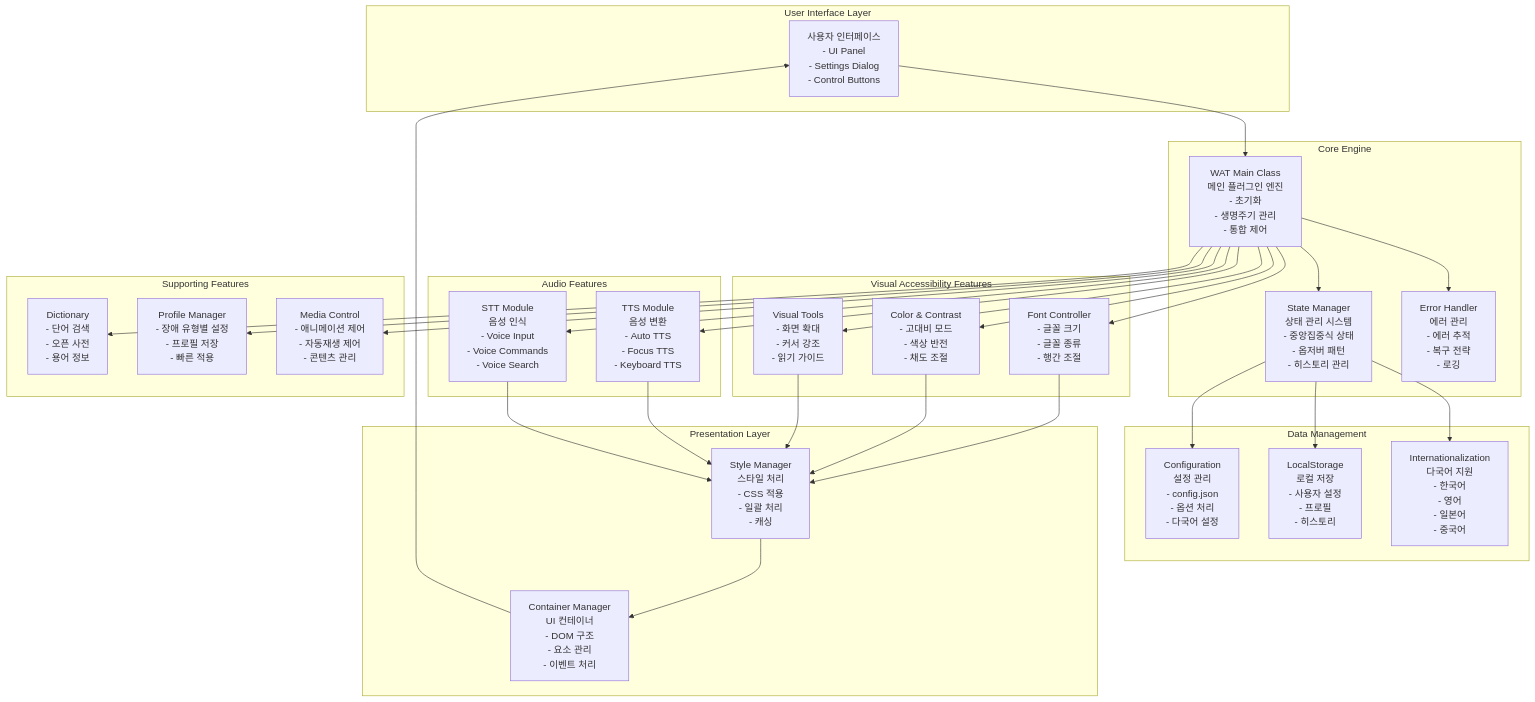
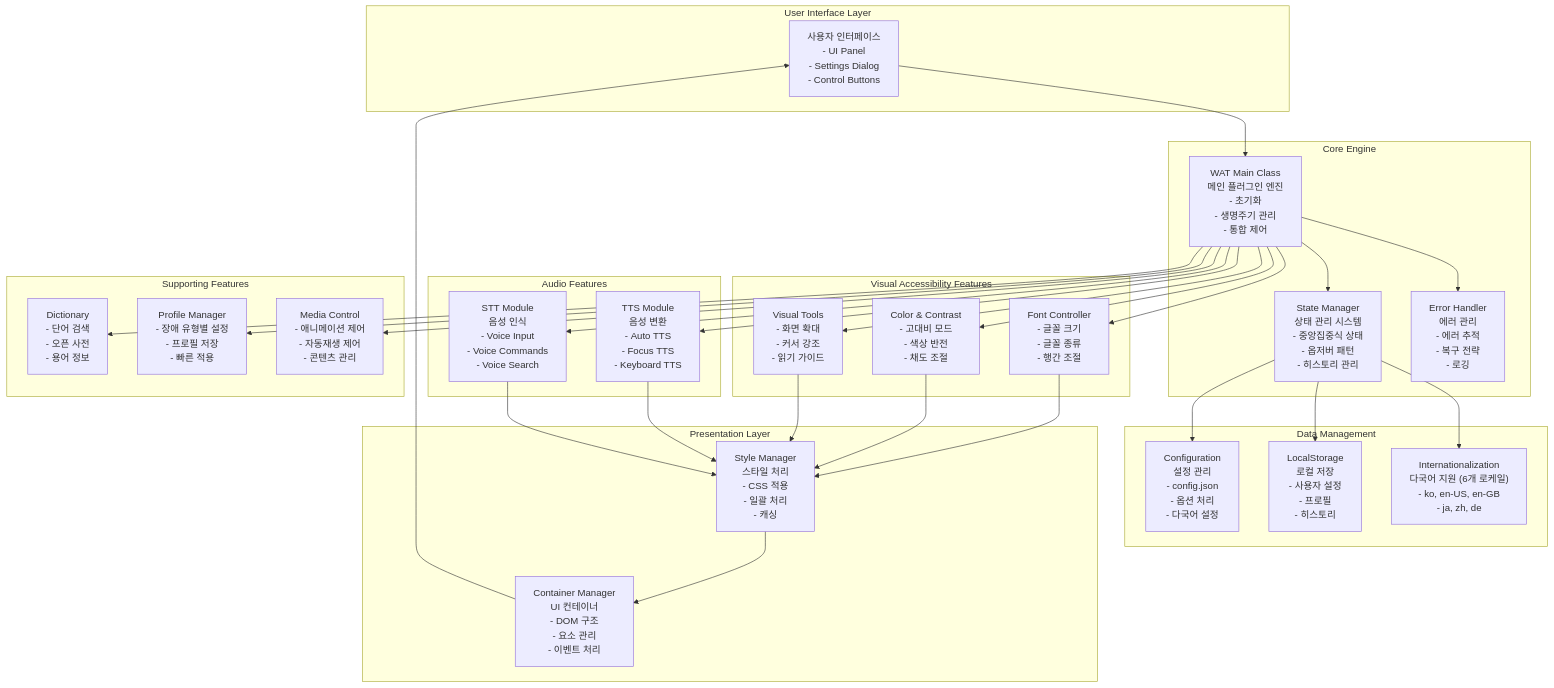
One commit to Daegu-Cyber-University/ModuWeb changed the first of 7 diagrams in ARCHITECTURE.md. Above: the diagram before and after it, drawn with Mermaid. The commit also changed other lines of this file and 24 other files, not shown here.

````diff
--- a/ARCHITECTURE.md
+++ b/ARCHITECTURE.md
@@ -5,77 +5,77 @@
 ```mermaid
 graph TB
     subgraph "User Interface Layer"
         UI["사용자 인터페이스<br/>- UI Panel<br/>- Settings Dialog<br/>- Control Buttons"]
     end
 
     subgraph "Core Engine"
         WAT["WAT Main Class<br/>메인 플러그인 엔진<br/>- 초기화<br/>- 생명주기 관리<br/>- 통합 제어"]
         
         SM["State Manager<br/>상태 관리 시스템<br/>- 중앙집중식 상태<br/>- 옵저버 패턴<br/>- 히스토리 관리"]
         
         EH["Error Handler<br/>에러 관리<br/>- 에러 추적<br/>- 복구 전략<br/>- 로깅"]
     end
 
     subgraph "Visual Accessibility Features"
         VA1["Font Controller<br/>- 글꼴 크기<br/>- 글꼴 종류<br/>- 행간 조절"]
         
         VA2["Color & Contrast<br/>- 고대비 모드<br/>- 색상 반전<br/>- 채도 조절"]
         
         VA3["Visual Tools<br/>- 화면 확대<br/>- 커서 강조<br/>- 읽기 가이드"]
     end
 
     subgraph "Audio Features"
         TTS["TTS Module<br/>음성 변환<br/>- Auto TTS<br/>- Focus TTS<br/>- Keyboard TTS"]
         
         STT["STT Module<br/>음성 인식<br/>- Voice Input<br/>- Voice Commands<br/>- Voice Search"]
     end
 
     subgraph "Supporting Features"
         DICT["Dictionary<br/>- 단어 검색<br/>- 오픈 사전<br/>- 용어 정보"]
         
         PROFILE["Profile Manager<br/>- 장애 유형별 설정<br/>- 프로필 저장<br/>- 빠른 적용"]
         
         MEDIA["Media Control<br/>- 애니메이션 제어<br/>- 자동재생 제어<br/>- 콘텐츠 관리"]
     end
 
     subgraph "Data Management"
         CONFIG["Configuration<br/>설정 관리<br/>- config.json<br/>- 옵션 처리<br/>- 다국어 설정"]
         
         STORAGE["LocalStorage<br/>로컬 저장<br/>- 사용자 설정<br/>- 프로필<br/>- 히스토리"]
         
-        I18N["Internationalization<br/>다국어 지원<br/>- 한국어<br/>- 영어<br/>- 일본어<br/>- 중국어"]
+        I18N["Internationalization<br/>다국어 지원 (6개 로케일)<br/>- ko, en-US, en-GB<br/>- ja, zh, de"]
     end
 
     subgraph "Presentation Layer"
         STYLE["Style Manager<br/>스타일 처리<br/>- CSS 적용<br/>- 일괄 처리<br/>- 캐싱"]
         
         CONTAINER["Container Manager<br/>UI 컨테이너<br/>- DOM 구조<br/>- 요소 관리<br/>- 이벤트 처리"]
     end
 
     %% Connections
     UI --> WAT
     WAT --> SM
     WAT --> EH
     WAT --> VA1
     WAT --> VA2
     WAT --> VA3
     WAT --> TTS
     WAT --> STT
     WAT --> DICT
     WAT --> PROFILE
     WAT --> MEDIA
     
     SM --> CONFIG
     SM --> STORAGE
     SM --> I18N
     
     VA1 --> STYLE
     VA2 --> STYLE
     VA3 --> STYLE
     TTS --> STYLE
     STT --> STYLE
     
     STYLE --> CONTAINER
     CONTAINER --> UI
 
 ```
````
